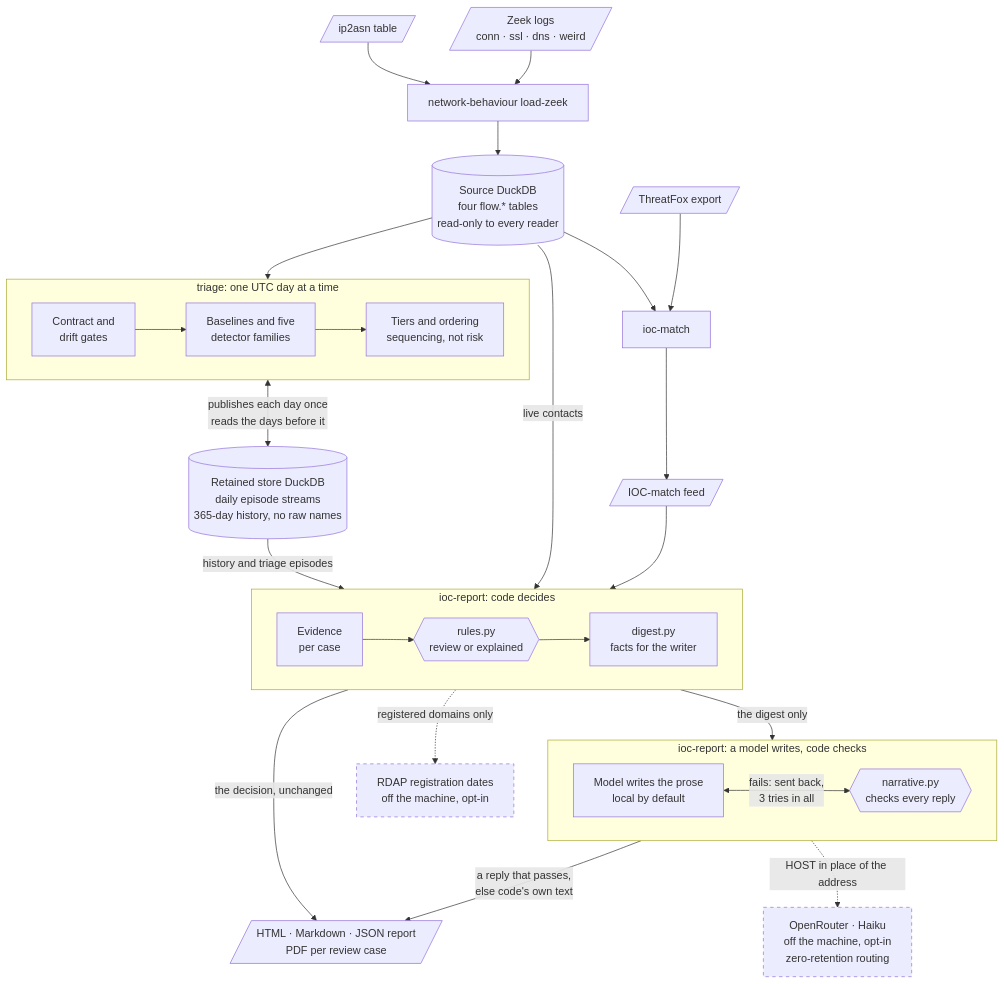
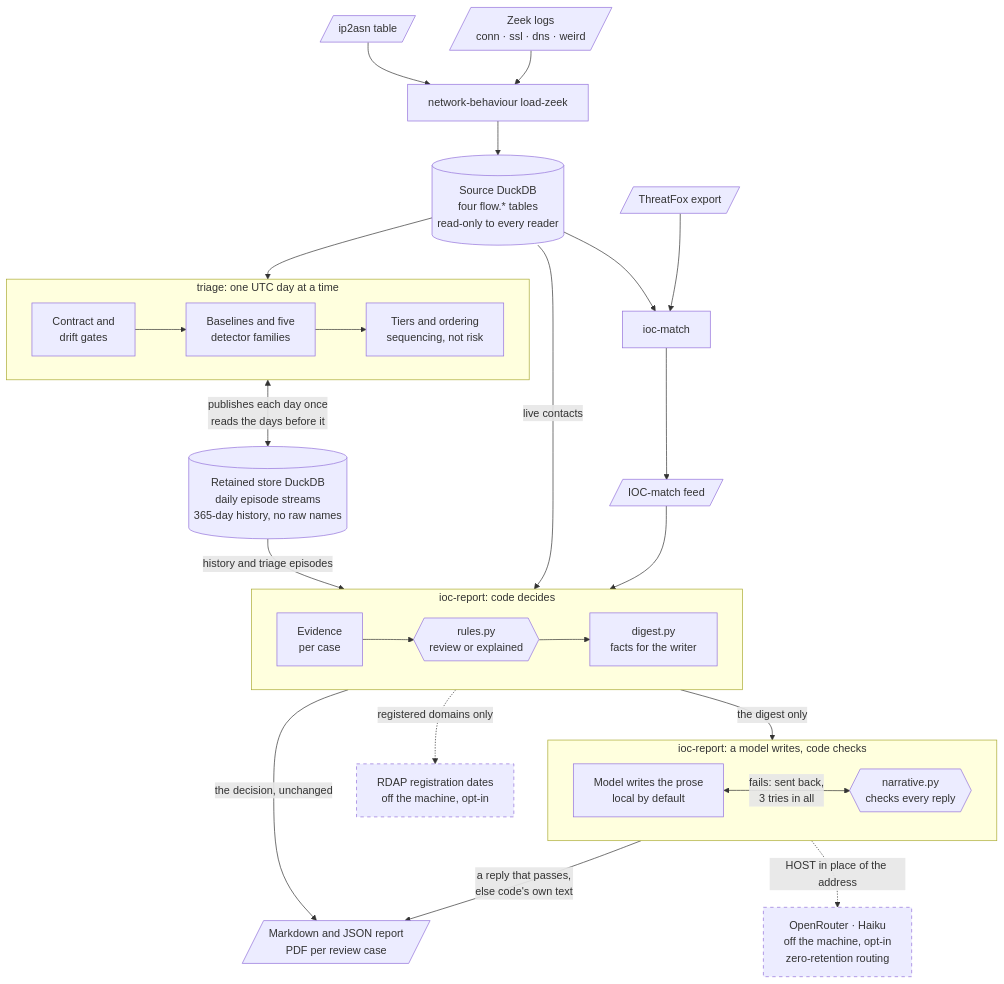
Before and after one commit to heechan2003/flowcase: the diagram in README.md, drawn with Mermaid. The commit also changed other lines of this file and 1 other file, not shown here.

Commit message:
Describe the Markdown report in the README and architecture

````diff
--- a/README.md
+++ b/README.md
@@ -44,50 +45,50 @@
 ```mermaid
 %%{init: {"flowchart": {"wrappingWidth": 400}}}%%
 flowchart TD
     zeek[/"Zeek logs<br/>conn · ssl · dns · weird"/]
     asn[/"ip2asn table"/]
     tfx[/"ThreatFox export"/]
     load["network-behaviour load-zeek"]
     src[("Source DuckDB<br/>four flow.* tables<br/>read-only to every reader")]
     store[("Retained store DuckDB<br/>daily episode streams<br/>365-day history, no raw names")]
     match["ioc-match"]
     feed[/"IOC-match feed"/]
-    out[/"HTML · Markdown · JSON report<br/>PDF per review case"/]
+    out[/"Markdown and JSON report<br/>PDF per review case"/]
     orr["OpenRouter · Haiku<br/>off the machine, opt-in<br/>zero-retention routing"]
     rdap["RDAP registration dates<br/>off the machine, opt-in"]
 
     zeek --> load
     asn --> load
     load --> src
 
     subgraph triage["triage: one UTC day at a time"]
         direction LR
         gates["Contract and<br/>drift gates"] --> detect["Baselines and five<br/>detector families"] --> order["Tiers and ordering<br/>sequencing, not risk"]
     end
 
     subgraph decides["ioc-report: code decides"]
         direction LR
         evid["Evidence<br/>per case"] --> rules{{"rules.py<br/>review or explained"}} --> digest["digest.py<br/>facts for the writer"]
     end
 
     subgraph writes["ioc-report: a model writes, code checks"]
         direction LR
         writer["Model writes the prose<br/>local by default"] <-->|"fails: sent back,<br/>3 tries in all"| check{{"narrative.py<br/>checks every reply"}}
     end
 
     src --> triage
     triage <-->|"publishes each day once<br/>reads the days before it"| store
     tfx --> match
     src --> match
     match --> feed --> decides
     src -->|"live contacts"| decides
     store -->|"history and triage episodes"| decides
     decides -->|"the digest only"| writes
     writes -->|"a reply that passes,<br/>else code's own text"| out
     decides -->|"the decision, unchanged"| out
     writes -.->|"HOST in place of the address"| orr
     decides -.->|"registered domains only"| rdap
 
     classDef offbox stroke-dasharray: 5 5
     class orr,rdap offbox
 ```
````
